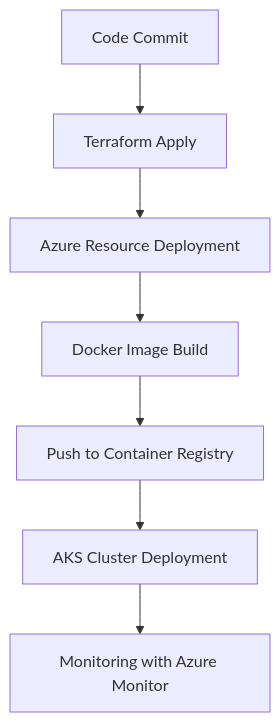
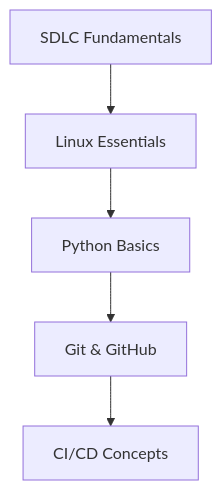
One commit to kala-techies/kala-techies changed the diagram in README.md. Above: the diagram before and after it, drawn with Mermaid. The commit also changed other lines of this file, not shown here.

````diff
--- a/README.md
+++ b/README.md
@@ -35,9 +45,7 @@
 ```mermaid
 graph TD
-    A[Code Commit] --> B[Terraform Apply]
-    B --> C[Azure Resource Deployment]
-    C --> D[Docker Image Build]
-    D --> E[Push to Container Registry]
-    E --> F[AKS Cluster Deployment]
-    F --> G[Monitoring with Azure Monitor]
+    A[SDLC Fundamentals] --> B[Linux Essentials]
+    B --> C[Python Basics]
+    C --> D[Git & GitHub]
+    D --> E[CI/CD Concepts]
 ```
````
